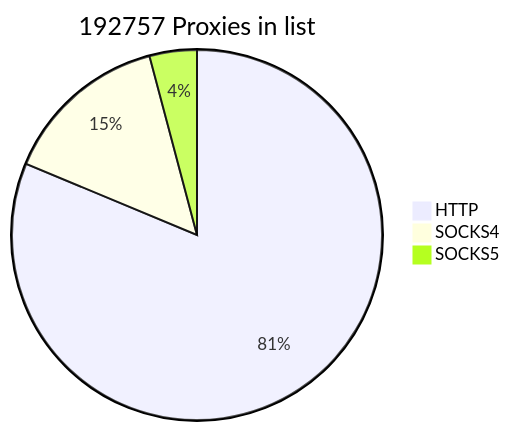
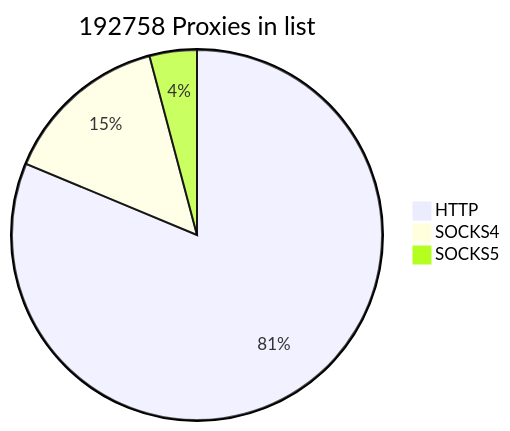
Before and after one commit to cutipu/proxylist: the first of 2 diagrams in README.md, drawn with Mermaid. The commit also changed other lines of this file, not shown here.

````diff
--- a/README.md
+++ b/README.md
@@ -2,7 +2,7 @@
 ```mermaid
-pie title 192757 Proxies in list
+pie title 192758 Proxies in list
     "HTTP" : 156672
-    "SOCKS4" : 28122
-    "SOCKS5" : 7963
+    "SOCKS4" : 28124
+    "SOCKS5" : 7962
             
 ```
````
